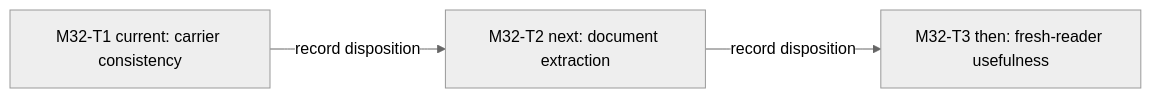
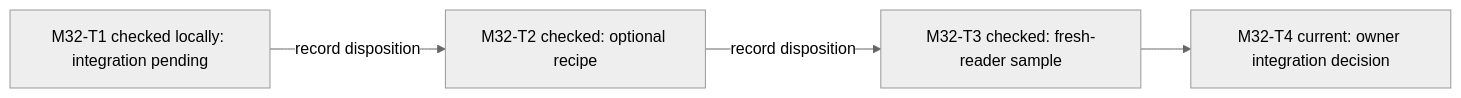
Before and after one commit to dm-uy/galaxica-sombrero: the diagram in examples/pm-project/ROADMAP.md, drawn with Mermaid (neutral theme). The commit also changed other lines of this file and 5 other files, not shown here.

````diff
--- a/examples/pm-project/ROADMAP.md
+++ b/examples/pm-project/ROADMAP.md
@@ -38,5 +39,6 @@
 ```mermaid
 flowchart LR
-    M32T1["M32-T1 current: carrier consistency"] -->|record disposition| M32T2["M32-T2 next: document extraction"]
-    M32T2 -->|record disposition| M32T3["M32-T3 then: fresh-reader usefulness"]
+    M32T1["M32-T1 checked locally: integration pending"] -->|record disposition| M32T2["M32-T2 checked: optional recipe"]
+    M32T2 -->|record disposition| M32T3["M32-T3 checked: fresh-reader sample"]
+    M32T3 --> M32T4["M32-T4 current: owner integration decision"]
 ```
````
